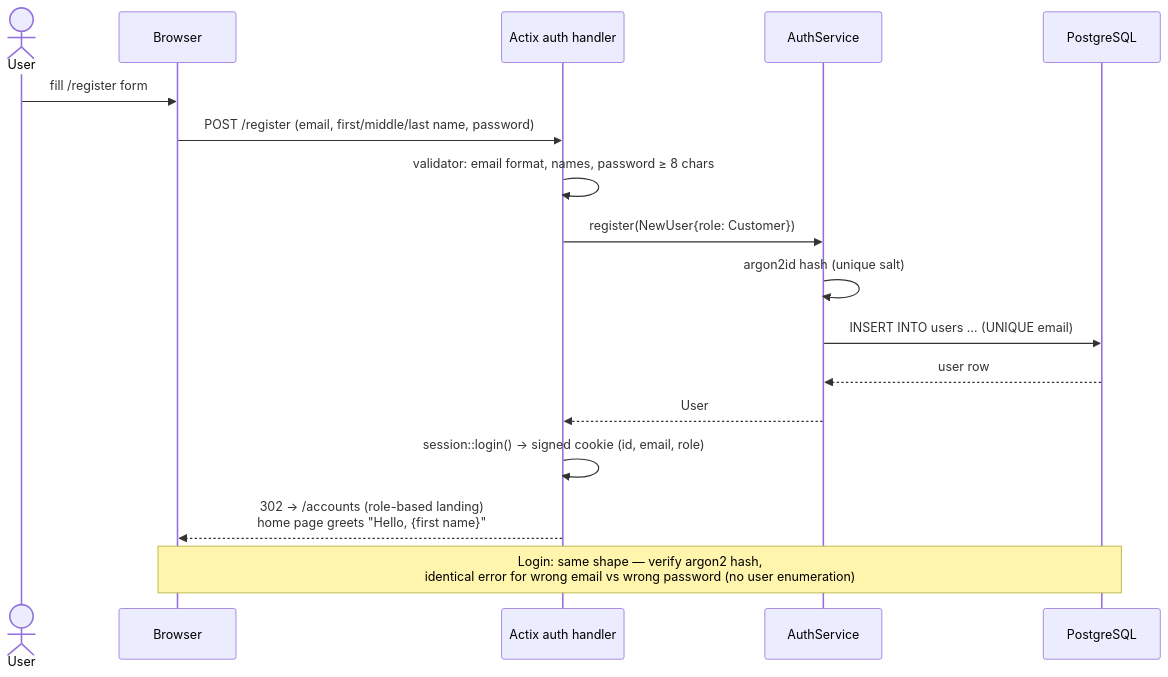
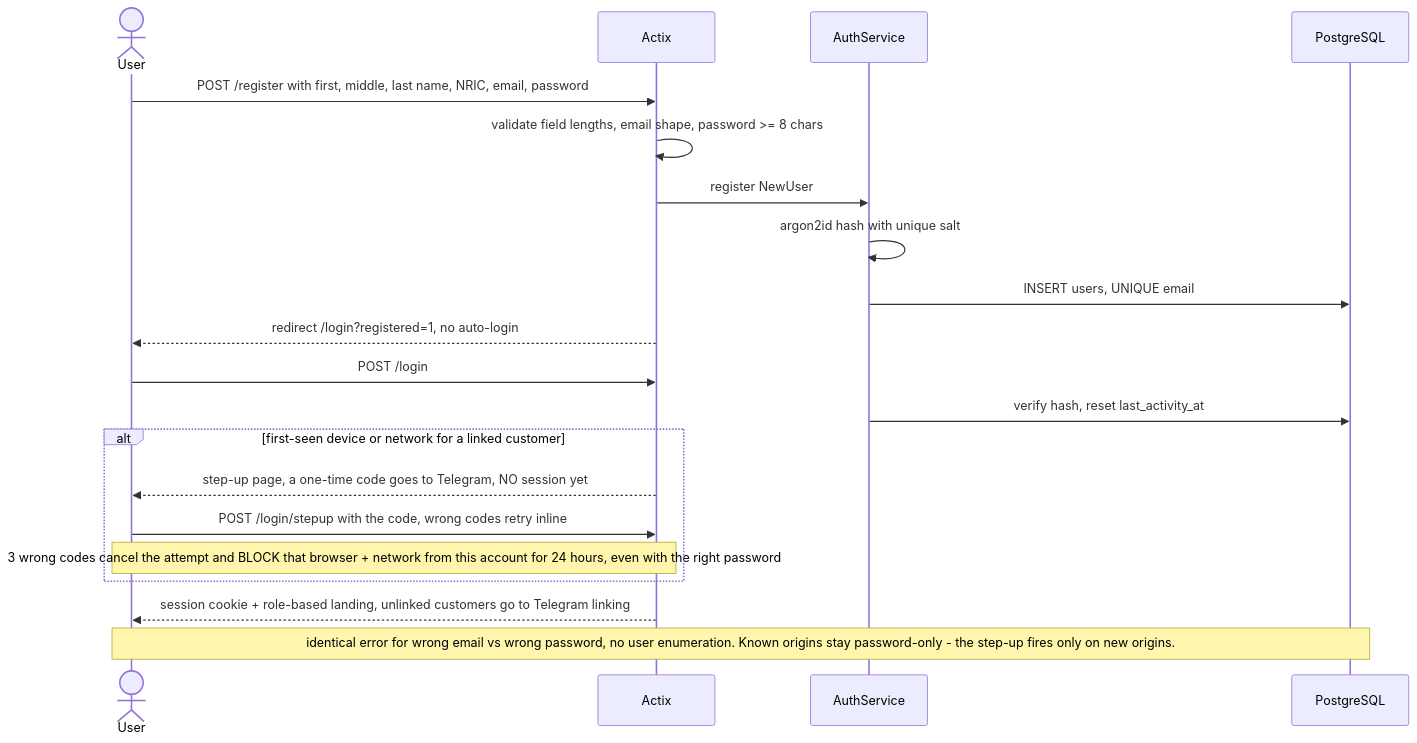
One commit to cthyuiii/FerroBank changed the second of 14 diagrams in docs/FLOWS.md. Above: the diagram before and after it, drawn with Mermaid. The commit also changed other lines of this file and 61 other files, not shown here.

````diff
--- a/docs/FLOWS.md
+++ b/docs/FLOWS.md
@@ -53,21 +54,23 @@
 ```mermaid
 sequenceDiagram
     actor U as User
-    participant B as Browser
-    participant A as Actix auth handler
+    participant A as Actix
     participant S as AuthService
     participant P as PostgreSQL
 
-    U->>B: fill /register form
-    B->>A: POST /register (email, first/middle/last name, password)
-    A->>A: validator: email format, names, password ≥ 8 chars
-    A->>S: register(NewUser{role: Customer})
-    S->>S: argon2id hash (unique salt)
-    S->>P: INSERT INTO users … (UNIQUE email)
-    P-->>S: user row
-    S-->>A: User
-    A->>A: session::login() → signed cookie (id, email, role)
-    A-->>B: 302 → /accounts (role-based landing)<br/>home page greets "Hello, {first name}"
-
-    Note over B,P: Login: same shape — verify argon2 hash,<br/>identical error for wrong email vs wrong password (no user enumeration)
+    U->>A: POST /register with first, middle, last name, NRIC, email, password
+    A->>A: validate field lengths, email shape, password >= 8 chars
+    A->>S: register NewUser
+    S->>S: argon2id hash with unique salt
+    S->>P: INSERT users, UNIQUE email
+    A-->>U: redirect /login?registered=1, no auto-login
+    U->>A: POST /login
+    S->>P: verify hash, reset last_activity_at
+    alt first-seen device or network for a linked customer
+        A-->>U: step-up page, a one-time code goes to Telegram, NO session yet
+        U->>A: POST /login/stepup with the code, wrong codes retry inline
+        Note over U,A: 3 wrong codes cancel the attempt and BLOCK that browser + network from this account for 24 hours, even with the right password
+    end
+    A-->>U: session cookie + role-based landing, unlinked customers go to Telegram linking
+    Note over U,P: identical error for wrong email vs wrong password, no user enumeration. Known origins stay password-only - the step-up fires only on new origins.
 ```
````
